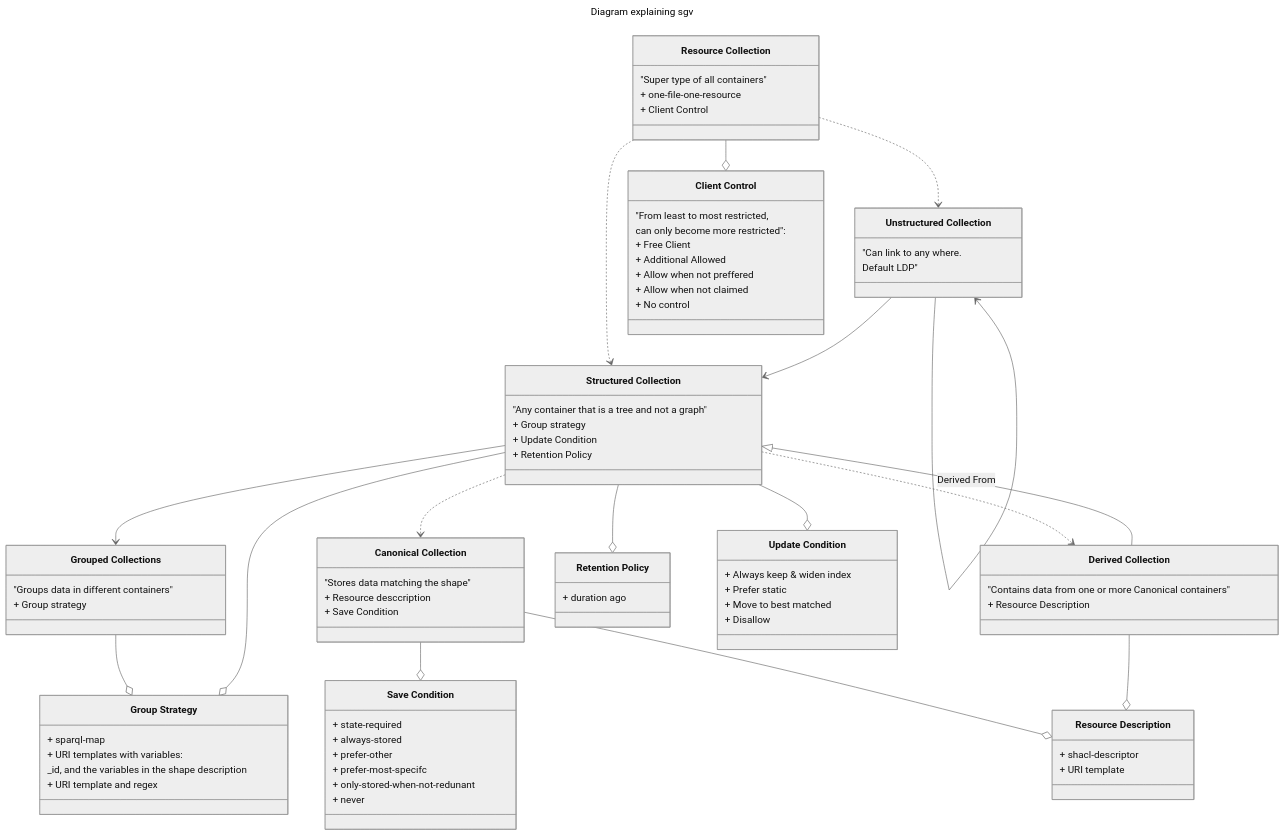
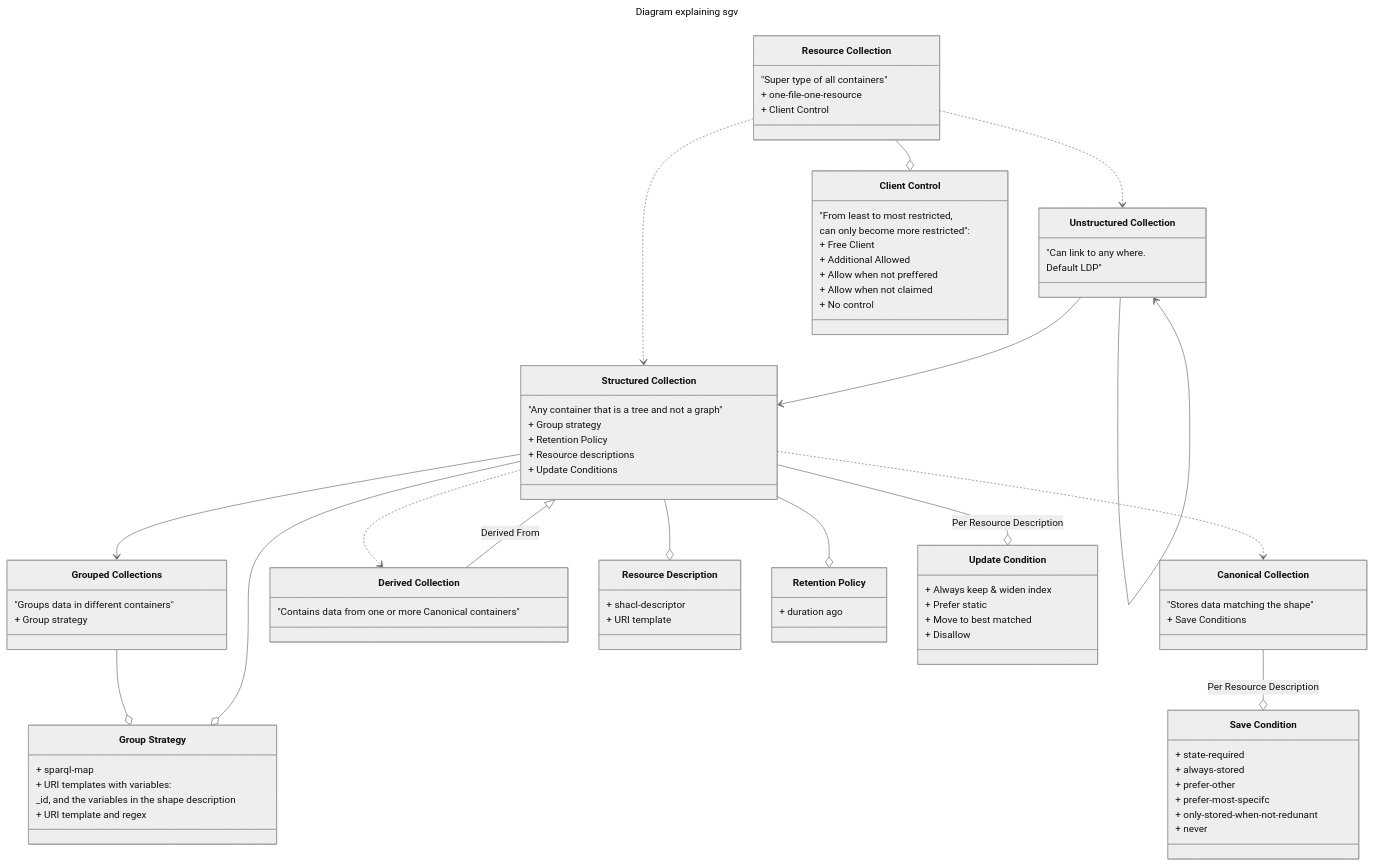
Before and after one commit to jitsedesmet/thesis: the second of 2 diagrams in solution/storage-guidance-vocabulary/index.md, drawn with Mermaid (neutral theme). The commit also changed 5 other files, not shown here.

```diff
--- a/solution/storage-guidance-vocabulary/index.md
+++ b/solution/storage-guidance-vocabulary/index.md
@@ -95,23 +95,22 @@
   class SC["Structured Collection"] {
     "Any container that is a tree and not a graph"
     + Group strategy
-    + Update Condition
     + Retention Policy
+    + Resource descriptions
+    + Update Conditions
   }
  
   class CC["Canonical Collection"] {
     "Stores data matching the shape"
-    + Resource desccription
-    + Save Condition
+    + Save Conditions
   }
 
   DC --|> SC : Derived From
   class DC["Derived Collection"] {
     "Contains data from one or more Canonical containers"
-    + Resource Description
   }
 
-  CC --o SaveCond
+  CC --o SaveCond: Per Resource Description
   class SaveCond["Save Condition"] {
     + state-required
     + always-stored
@@ -121,8 +120,7 @@
     + never
   }
 
-  CC --o RD
-  DC --o RD
+  SC --o RD
   class RD["Resource Description"] {
     + shacl-descriptor
     + URI template
@@ -133,7 +131,7 @@
     + duration ago 
   }
 
-  SC --o UCond
+  SC --o UCond: Per Resource Description
   class UCond["Update Condition"] {
     + Always keep & widen index
     + Prefer static
```
